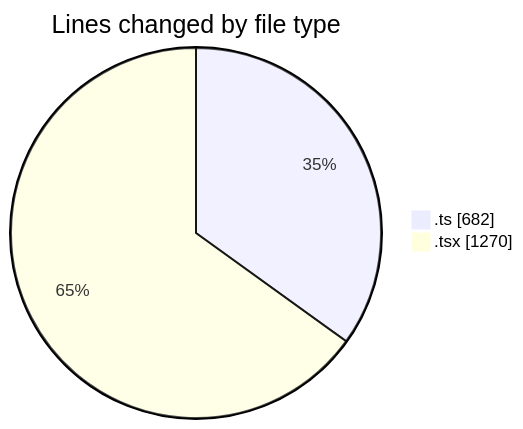
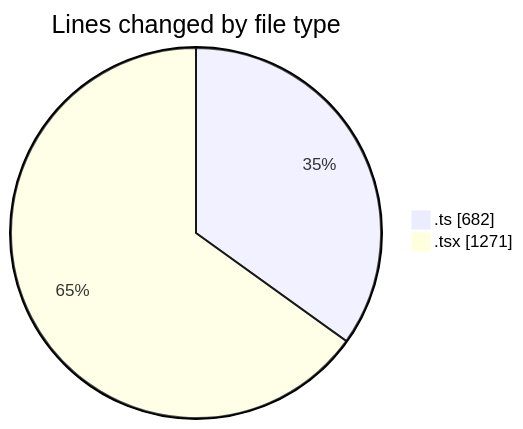
Before and after one commit to nxtqubesakshisongat/code-tracking: the first of 2 diagrams in 2026-03-23/nxtqube_webapp/README.md, drawn with Mermaid. The commit also changed other lines of this file and 1 other file, not shown here.

````diff
--- a/2026-03-23/nxtqube_webapp/README.md
+++ b/2026-03-23/nxtqube_webapp/README.md
@@ -23,6 +23,6 @@
 ```mermaid
 pie showData
 title Lines changed by file type
 ".ts" : 682
-".tsx" : 1270
+".tsx" : 1271
 ```
````
